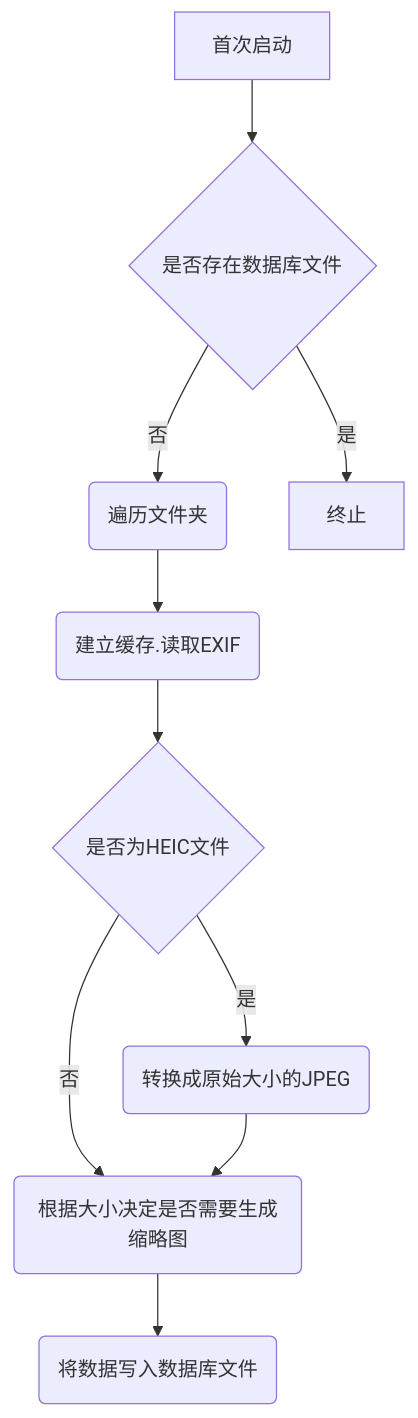
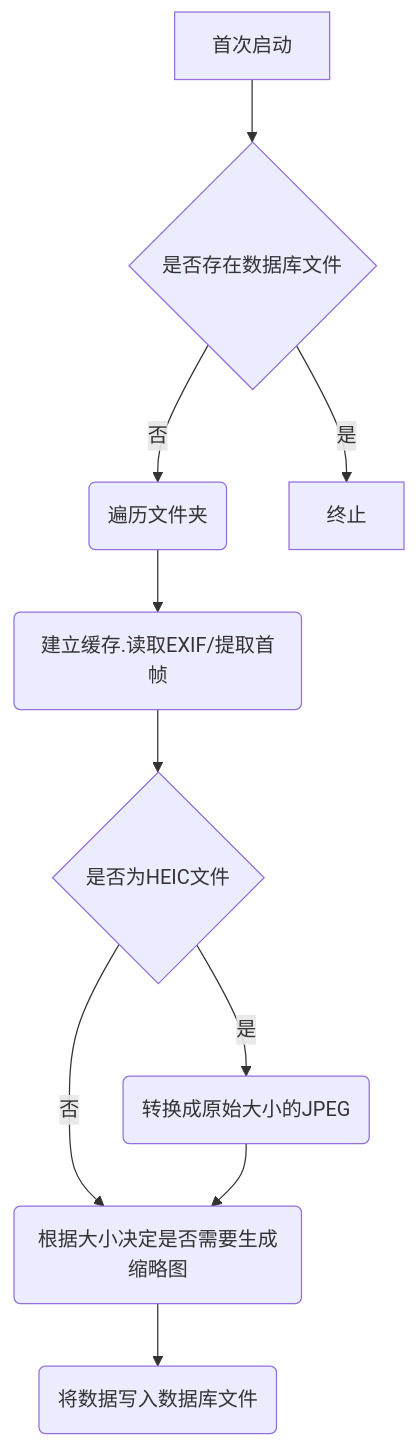
The first of 3 diagrams in PronjectInfo.md (lzyyauto/SimplePhotos), drawn with Mermaid before and after one commit. The commit also changed other lines of this file and 3 other files, not shown here.

````diff
--- a/PronjectInfo.md
+++ b/PronjectInfo.md
@@ -50,12 +52,12 @@
 ```mermaid
 graph TD
     A[首次启动] --> B{是否存在数据库文件}
     B --> |否| C(遍历文件夹)
-    C --> D(建立缓存.读取EXIF)
+    C --> D(建立缓存.读取EXIF/提取首帧)
     D --> E{是否为HEIC文件}
     E --> |是| F(转换成原始大小的JPEG)
     E --> |否| G(根据大小决定是否需要生成缩略图)
     F --> G
     G --> H(将数据写入数据库文件)
     B --> |是| I[终止]
 ```
````
